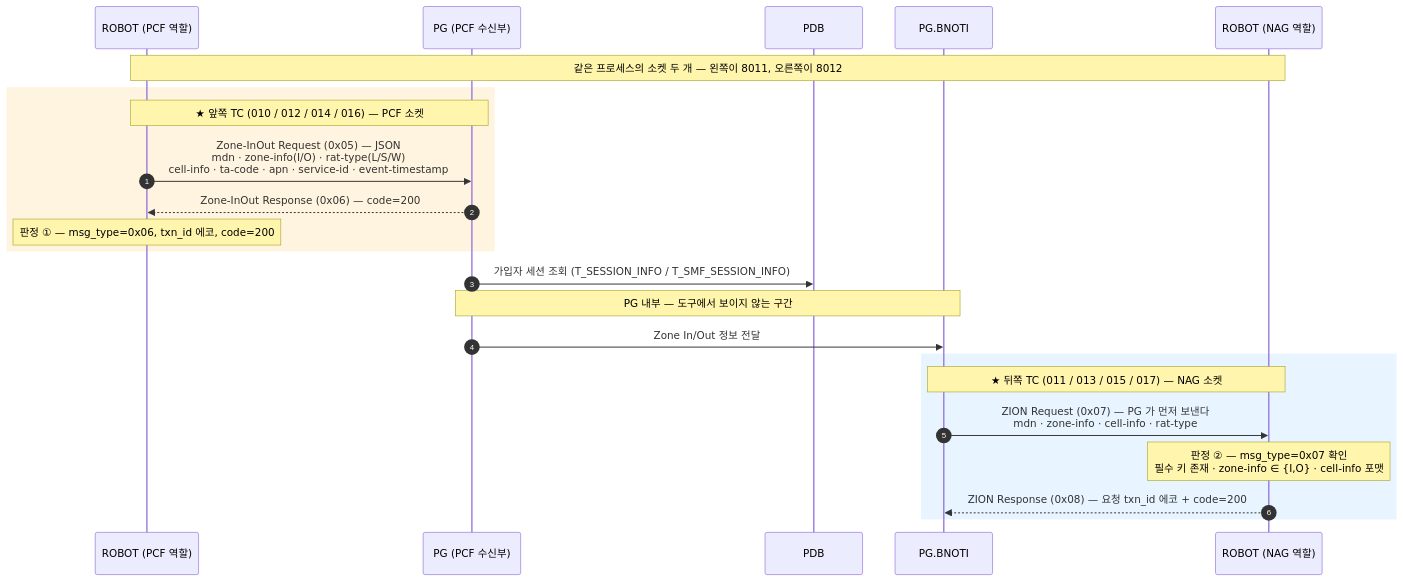
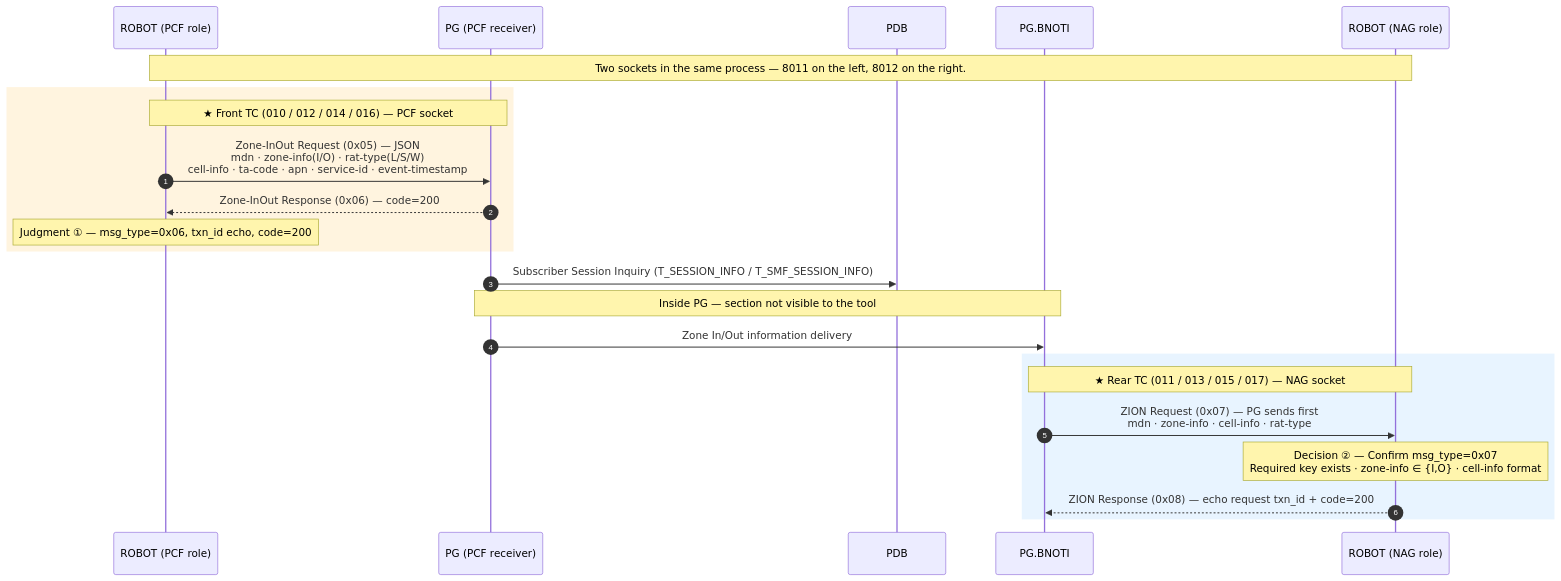
One commit to IanKim2030/tc4robot changed the second of 3 diagrams in docs/callflow/pcf_callflow.md. Above: the diagram before and after it, drawn with Mermaid. The commit also changed other lines of this file and 83 other files, not shown here.

````diff
--- a/docs/callflow/pcf_callflow.md
+++ b/docs/callflow/pcf_callflow.md
@@ -68,29 +68,29 @@
 ```mermaid
 sequenceDiagram
     autonumber
-    participant TOOL as ROBOT (PCF 역할)
-    participant PPCF as PG (PCF 수신부)
+    participant TOOL as ROBOT (PCF role)
+    participant PPCF as PG (PCF receiver)
     participant PDB as PDB
     participant BNOTI as PG.BNOTI
-    participant NAGCH as ROBOT (NAG 역할)
+    participant NAGCH as ROBOT (NAG role)
 
-    Note over TOOL,NAGCH: 같은 프로세스의 소켓 두 개 — 왼쪽이 8011, 오른쪽이 8012
+    Note over TOOL,NAGCH:Two sockets in the same process — 8011 on the left, 8012 on the right.
 
     rect rgba(255, 176, 32, 0.14)
-    Note over TOOL,PPCF: ★ 앞쪽 TC (010 / 012 / 014 / 016) — PCF 소켓
+    Note over TOOL,PPCF:★ Front TC (010 / 012 / 014 / 016) — PCF socket
         TOOL->>PPCF: Zone-InOut Request (0x05) — JSON<br/>mdn · zone-info(I/O) · rat-type(L/S/W)<br/>cell-info · ta-code · apn · service-id · event-timestamp
         PPCF-->>TOOL: Zone-InOut Response (0x06) — code=200
-        Note over TOOL: 판정 ① — msg_type=0x06, txn_id 에코, code=200
+        Note over TOOL:Judgment ① — msg_type=0x06, txn_id echo, code=200
     end
 
-    PPCF->>PDB: 가입자 세션 조회 (T_SESSION_INFO / T_SMF_SESSION_INFO)
-    Note over PPCF,BNOTI: PG 내부 — 도구에서 보이지 않는 구간
-    PPCF->>BNOTI: Zone In/Out 정보 전달
+    PPCF->>PDB:Subscriber Session Inquiry (T_SESSION_INFO / T_SMF_SESSION_INFO)
+    Note over PPCF,BNOTI:Inside PG — section not visible to the tool
+    PPCF->>BNOTI:Zone In/Out information delivery
 
     rect rgba(64, 160, 255, 0.12)
-    Note over BNOTI,NAGCH: ★ 뒤쪽 TC (011 / 013 / 015 / 017) — NAG 소켓
-        BNOTI->>NAGCH: ZION Request (0x07) — PG 가 먼저 보낸다<br/>mdn · zone-info · cell-info · rat-type
-        Note over NAGCH: 판정 ② — msg_type=0x07 확인<br/>필수 키 존재 · zone-info ∈ {I,O} · cell-info 포맷
-        NAGCH-->>BNOTI: ZION Response (0x08) — 요청 txn_id 에코 + code=200
+    Note over BNOTI,NAGCH:★ Rear TC (011 / 013 / 015 / 017) — NAG socket
+        BNOTI->>NAGCH:ZION Request (0x07) — PG sends first<br/>mdn · zone-info · cell-info · rat-type
+        Note over NAGCH:Decision ② — Confirm msg_type=0x07<br/>Required key exists · zone-info ∈ {I,O} · cell-info format
+        NAGCH-->>BNOTI:ZION Response (0x08) — echo request txn_id + code=200
     end
 ```
````
